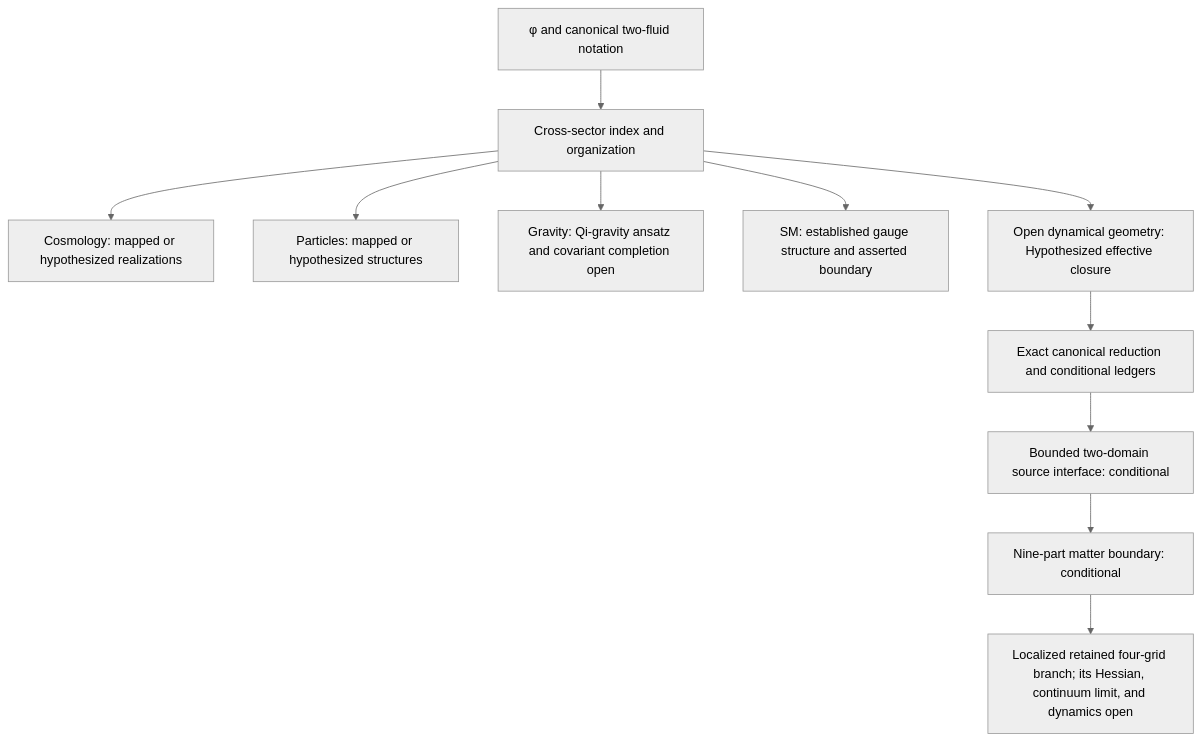
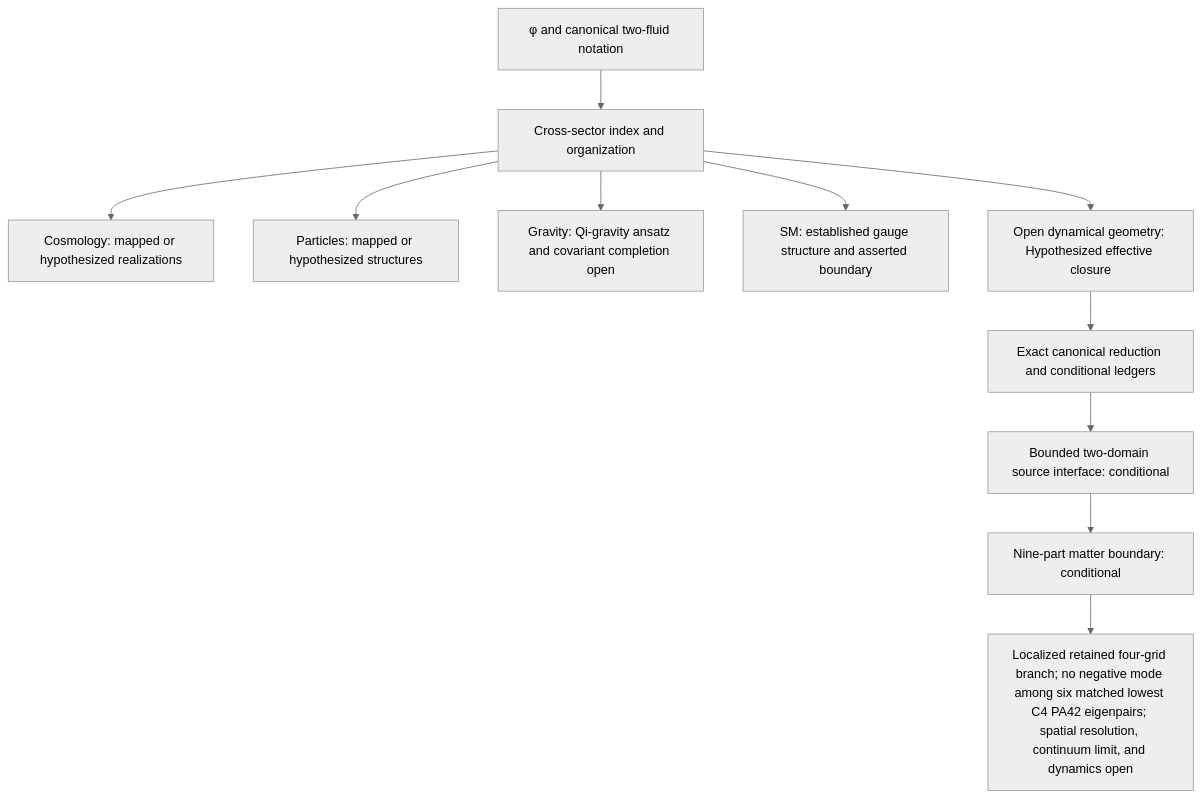
Before and after one commit to CassiTheOracle/cassi: diagram 28 of 37 in CassiTheory/open-questions-cassi-answers.md, drawn with Mermaid (neutral theme). The commit also changed other lines of this file and 29 other files, not shown here.

````diff
--- a/CassiTheory/open-questions-cassi-answers.md
+++ b/CassiTheory/open-questions-cassi-answers.md
@@ -1138,13 +1141,13 @@
 ```mermaid
 flowchart TD
     A[φ and canonical two-fluid notation] --> B[Cross-sector index and organization]
     B --> C[Cosmology: mapped or hypothesized realizations]
     B --> D[Particles: mapped or hypothesized structures]
     B --> E[Gravity: Qi-gravity ansatz and covariant completion open]
     B --> F[SM: established gauge structure and asserted boundary]
     B --> H[Open dynamical geometry: Hypothesized effective closure]
     H --> I[Exact canonical reduction and conditional ledgers]
     I --> J[Bounded two-domain source interface: conditional]
     J --> K[Nine-part matter boundary: conditional]
-    K --> G[Localized retained four-grid branch; its Hessian, continuum limit, and dynamics open]
+    K --> G[Localized retained four-grid branch; no negative mode among six matched lowest C4 PA42 eigenpairs; spatial resolution, continuum limit, and dynamics open]
 ```
````
